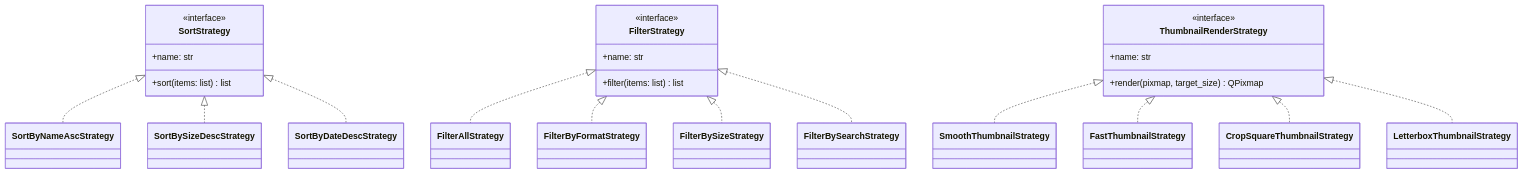
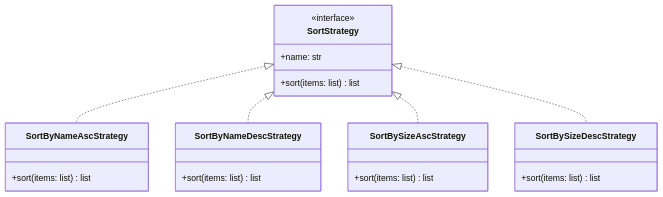
One commit to gustavosilverio/organizador-imagens changed the third of 4 diagrams in README.md. Above: the diagram before and after it, drawn with Mermaid. The commit also changed other lines of this file and 27 other files, not shown here.

````diff
--- a/README.md
+++ b/README.md
@@ -161,45 +126,25 @@
 ```mermaid
 classDiagram
     class SortStrategy {
         <<interface>>
         +name: str
         +sort(items: list) list
     }
-    class SortByNameAscStrategy
-    class SortBySizeDescStrategy
-    class SortByDateDescStrategy
+    class SortByNameAscStrategy {
+        +sort(items: list) list
+    }
+    class SortByNameDescStrategy {
+        +sort(items: list) list
+    }
+    class SortBySizeAscStrategy {
+        +sort(items: list) list
+    }
+    class SortBySizeDescStrategy {
+        +sort(items: list) list
+    }
 
     SortStrategy <|.. SortByNameAscStrategy
+    SortStrategy <|.. SortByNameDescStrategy
+    SortStrategy <|.. SortBySizeAscStrategy
     SortStrategy <|.. SortBySizeDescStrategy
-    SortStrategy <|.. SortByDateDescStrategy
-
-    class FilterStrategy {
-        <<interface>>
-        +name: str
-        +filter(items: list) list
-    }
-    class FilterAllStrategy
-    class FilterByFormatStrategy
-    class FilterBySizeStrategy
-    class FilterBySearchStrategy
-
-    FilterStrategy <|.. FilterAllStrategy
-    FilterStrategy <|.. FilterByFormatStrategy
-    FilterStrategy <|.. FilterBySizeStrategy
-    FilterStrategy <|.. FilterBySearchStrategy
-
-    class ThumbnailRenderStrategy {
-        <<interface>>
-        +name: str
-        +render(pixmap, target_size) QPixmap
-    }
-    class SmoothThumbnailStrategy
-    class FastThumbnailStrategy
-    class CropSquareThumbnailStrategy
-    class LetterboxThumbnailStrategy
-
-    ThumbnailRenderStrategy <|.. SmoothThumbnailStrategy
-    ThumbnailRenderStrategy <|.. FastThumbnailStrategy
-    ThumbnailRenderStrategy <|.. CropSquareThumbnailStrategy
-    ThumbnailRenderStrategy <|.. LetterboxThumbnailStrategy
 ```
````
